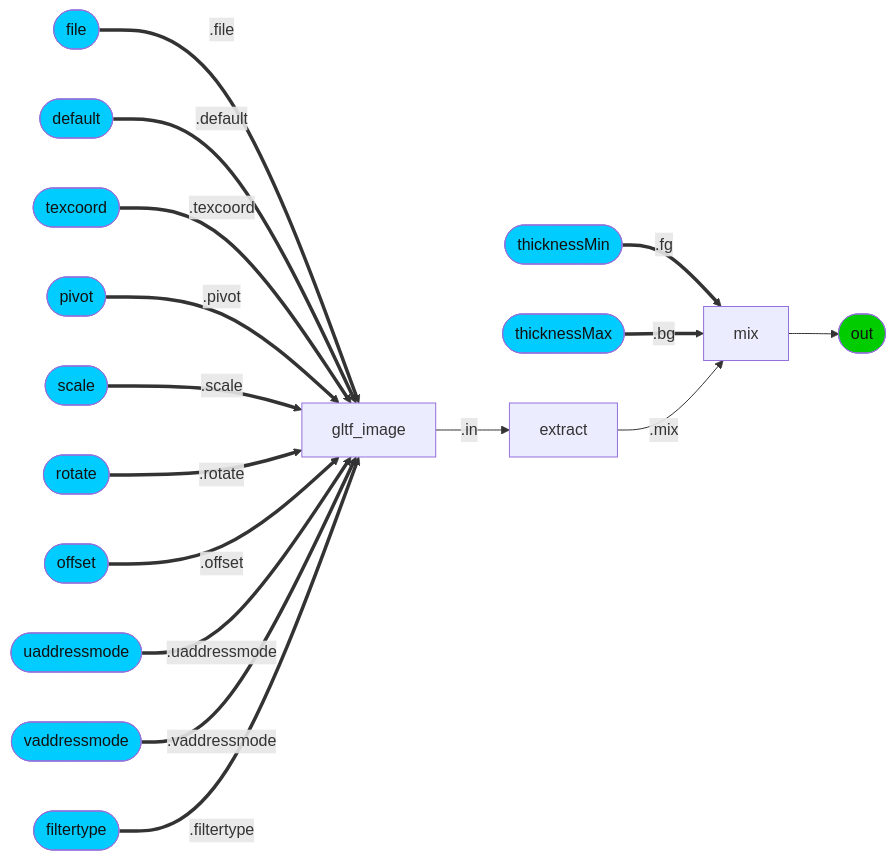
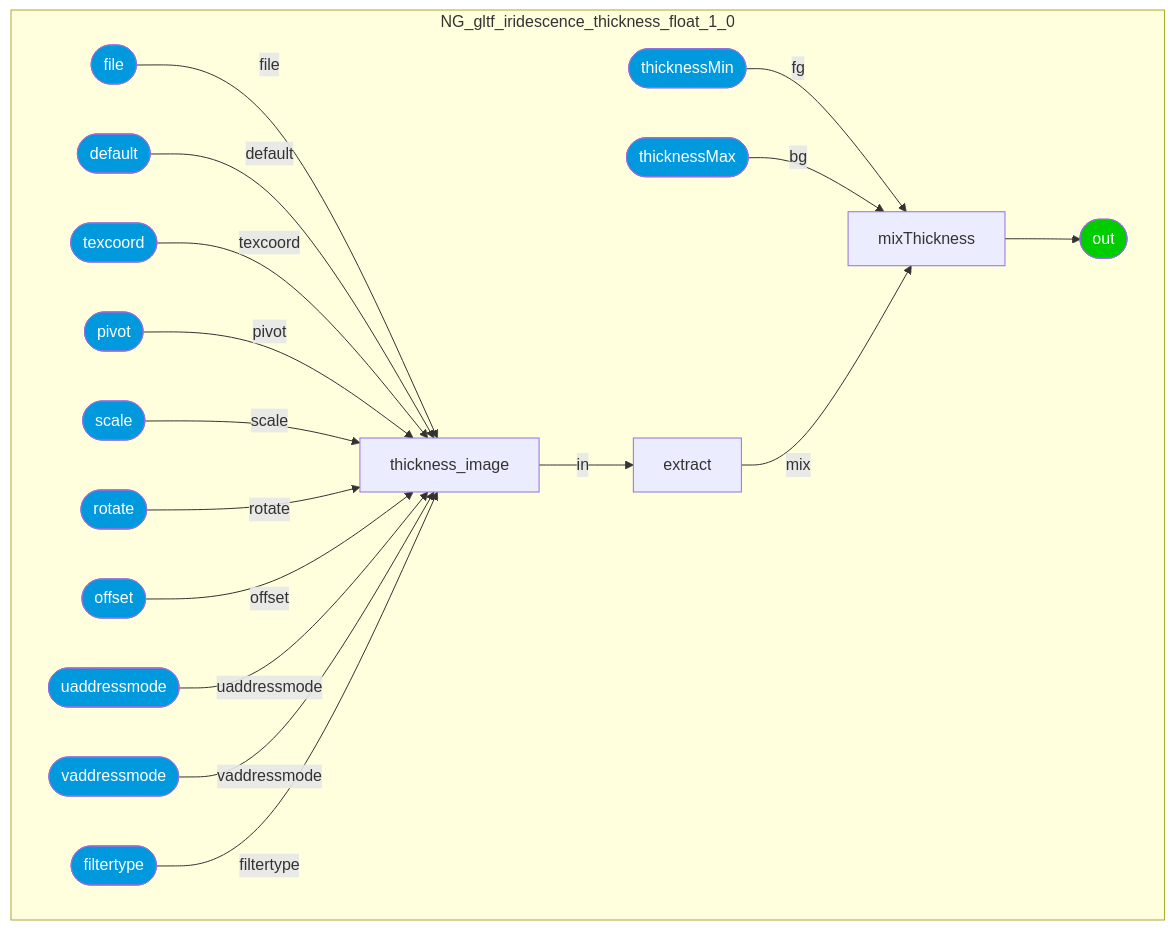
The eighth of 36 diagrams in documents/definitions/bxdf_doc.md (kwokcb/MaterialX_Learn), drawn with Mermaid before and after one commit. The commit also changed other lines of this file and 1015 other files, not shown here.

````diff
--- a/documents/definitions/bxdf_doc.md
+++ b/documents/definitions/bxdf_doc.md
@@ -678,32 +848,49 @@
 ```mermaid
-graph LR; 
-    NG_gltf_iridescence_thickness_float_1_0_mixThickness[mix] --> NG_gltf_iridescence_thickness_float_1_0_out([out])
-    style NG_gltf_iridescence_thickness_float_1_0_out fill:#0C0, color:#111
-    NG_gltf_iridescence_thickness_float_1_0_thicknessMinINT([thicknessMin]) ==.fg==> NG_gltf_iridescence_thickness_float_1_0_mixThickness[mix]
-    style NG_gltf_iridescence_thickness_float_1_0_thicknessMinINT fill:#0CF, color:#111
-    NG_gltf_iridescence_thickness_float_1_0_thicknessMaxINT([thicknessMax]) ==.bg==> NG_gltf_iridescence_thickness_float_1_0_mixThickness[mix]
-    style NG_gltf_iridescence_thickness_float_1_0_thicknessMaxINT fill:#0CF, color:#111
-    NG_gltf_iridescence_thickness_float_1_0_extract[extract] --".mix"--> NG_gltf_iridescence_thickness_float_1_0_mixThickness[mix]
-    NG_gltf_iridescence_thickness_float_1_0_thickness_image[gltf_image] --".in"--> NG_gltf_iridescence_thickness_float_1_0_extract[extract]
-    NG_gltf_iridescence_thickness_float_1_0_fileINT([file]) ==.file==> NG_gltf_iridescence_thickness_float_1_0_thickness_image[gltf_image]
-    style NG_gltf_iridescence_thickness_float_1_0_fileINT fill:#0CF, color:#111
-    NG_gltf_iridescence_thickness_float_1_0_dfaultINT([default]) ==.default==> NG_gltf_iridescence_thickness_float_1_0_thickness_image[gltf_image]
-    style NG_gltf_iridescence_thickness_float_1_0_dfaultINT fill:#0CF, color:#111
-    NG_gltf_iridescence_thickness_float_1_0_texcoordINT([texcoord]) ==.texcoord==> NG_gltf_iridescence_thickness_float_1_0_thickness_image[gltf_image]
-    style NG_gltf_iridescence_thickness_float_1_0_texcoordINT fill:#0CF, color:#111
-    NG_gltf_iridescence_thickness_float_1_0_pivotINT([pivot]) ==.pivot==> NG_gltf_iridescence_thickness_float_1_0_thickness_image[gltf_image]
-    style NG_gltf_iridescence_thickness_float_1_0_pivotINT fill:#0CF, color:#111
-    NG_gltf_iridescence_thickness_float_1_0_scaleINT([scale]) ==.scale==> NG_gltf_iridescence_thickness_float_1_0_thickness_image[gltf_image]
-    style NG_gltf_iridescence_thickness_float_1_0_scaleINT fill:#0CF, color:#111
-    NG_gltf_iridescence_thickness_float_1_0_rotateINT([rotate]) ==.rotate==> NG_gltf_iridescence_thickness_float_1_0_thickness_image[gltf_image]
-    style NG_gltf_iridescence_thickness_float_1_0_rotateINT fill:#0CF, color:#111
-    NG_gltf_iridescence_thickness_float_1_0_offsetINT([offset]) ==.offset==> NG_gltf_iridescence_thickness_float_1_0_thickness_image[gltf_image]
-    style NG_gltf_iridescence_thickness_float_1_0_offsetINT fill:#0CF, color:#111
-    NG_gltf_iridescence_thickness_float_1_0_uaddressmodeINT([uaddressmode]) ==.uaddressmode==> NG_gltf_iridescence_thickness_float_1_0_thickness_image[gltf_image]
-    style NG_gltf_iridescence_thickness_float_1_0_uaddressmodeINT fill:#0CF, color:#111
-    NG_gltf_iridescence_thickness_float_1_0_vaddressmodeINT([vaddressmode]) ==.vaddressmode==> NG_gltf_iridescence_thickness_float_1_0_thickness_image[gltf_image]
-    style NG_gltf_iridescence_thickness_float_1_0_vaddressmodeINT fill:#0CF, color:#111
-    NG_gltf_iridescence_thickness_float_1_0_filtertypeINT([filtertype]) ==.filtertype==> NG_gltf_iridescence_thickness_float_1_0_thickness_image[gltf_image]
-    style NG_gltf_iridescence_thickness_float_1_0_filtertypeINT fill:#0CF, color:#111
-
+graph TB
+    subgraph NG_gltf_iridescence_thickness_float_1_0
+    NG_gltf_iridescence_thickness_float_1_0_mixThickness[mixThickness]
+    NG_gltf_iridescence_thickness_float_1_0_thickness_image[thickness_image]
+    NG_gltf_iridescence_thickness_float_1_0_extract[extract]
+    style NG_gltf_iridescence_thickness_float_1_0_out  fill:#0C0, color:#FFF
+    NG_gltf_iridescence_thickness_float_1_0_out([out])
+    style NG_gltf_iridescence_thickness_float_1_0_thicknessMin  fill:#09D, color:#FFF
+    NG_gltf_iridescence_thickness_float_1_0_thicknessMin([thicknessMin])
+    style NG_gltf_iridescence_thickness_float_1_0_thicknessMax  fill:#09D, color:#FFF
+    NG_gltf_iridescence_thickness_float_1_0_thicknessMax([thicknessMax])
+    style NG_gltf_iridescence_thickness_float_1_0_file  fill:#09D, color:#FFF
+    NG_gltf_iridescence_thickness_float_1_0_file([file])
+    style NG_gltf_iridescence_thickness_float_1_0_default1  fill:#09D, color:#FFF
+    NG_gltf_iridescence_thickness_float_1_0_default1([default])
+    style NG_gltf_iridescence_thickness_float_1_0_texcoord  fill:#09D, color:#FFF
+    NG_gltf_iridescence_thickness_float_1_0_texcoord([texcoord])
+    style NG_gltf_iridescence_thickness_float_1_0_pivot  fill:#09D, color:#FFF
+    NG_gltf_iridescence_thickness_float_1_0_pivot([pivot])
+    style NG_gltf_iridescence_thickness_float_1_0_scale  fill:#09D, color:#FFF
+    NG_gltf_iridescence_thickness_float_1_0_scale([scale])
+    style NG_gltf_iridescence_thickness_float_1_0_rotate  fill:#09D, color:#FFF
+    NG_gltf_iridescence_thickness_float_1_0_rotate([rotate])
+    style NG_gltf_iridescence_thickness_float_1_0_offset  fill:#09D, color:#FFF
+    NG_gltf_iridescence_thickness_float_1_0_offset([offset])
+    style NG_gltf_iridescence_thickness_float_1_0_uaddressmode  fill:#09D, color:#FFF
+    NG_gltf_iridescence_thickness_float_1_0_uaddressmode([uaddressmode])
+    style NG_gltf_iridescence_thickness_float_1_0_vaddressmode  fill:#09D, color:#FFF
+    NG_gltf_iridescence_thickness_float_1_0_vaddressmode([vaddressmode])
+    style NG_gltf_iridescence_thickness_float_1_0_filtertype  fill:#09D, color:#FFF
+    NG_gltf_iridescence_thickness_float_1_0_filtertype([filtertype])
+    end
+    NG_gltf_iridescence_thickness_float_1_0_thicknessMin --"fg"--> NG_gltf_iridescence_thickness_float_1_0_mixThickness
+    NG_gltf_iridescence_thickness_float_1_0_thicknessMax --"bg"--> NG_gltf_iridescence_thickness_float_1_0_mixThickness
+    NG_gltf_iridescence_thickness_float_1_0_extract --"mix"--> NG_gltf_iridescence_thickness_float_1_0_mixThickness
+    NG_gltf_iridescence_thickness_float_1_0_file --"file"--> NG_gltf_iridescence_thickness_float_1_0_thickness_image
+    NG_gltf_iridescence_thickness_float_1_0_default1 --"default"--> NG_gltf_iridescence_thickness_float_1_0_thickness_image
+    NG_gltf_iridescence_thickness_float_1_0_texcoord --"texcoord"--> NG_gltf_iridescence_thickness_float_1_0_thickness_image
+    NG_gltf_iridescence_thickness_float_1_0_pivot --"pivot"--> NG_gltf_iridescence_thickness_float_1_0_thickness_image
+    NG_gltf_iridescence_thickness_float_1_0_scale --"scale"--> NG_gltf_iridescence_thickness_float_1_0_thickness_image
+    NG_gltf_iridescence_thickness_float_1_0_rotate --"rotate"--> NG_gltf_iridescence_thickness_float_1_0_thickness_image
+    NG_gltf_iridescence_thickness_float_1_0_offset --"offset"--> NG_gltf_iridescence_thickness_float_1_0_thickness_image
+    NG_gltf_iridescence_thickness_float_1_0_uaddressmode --"uaddressmode"--> NG_gltf_iridescence_thickness_float_1_0_thickness_image
+    NG_gltf_iridescence_thickness_float_1_0_vaddressmode --"vaddressmode"--> NG_gltf_iridescence_thickness_float_1_0_thickness_image
+    NG_gltf_iridescence_thickness_float_1_0_filtertype --"filtertype"--> NG_gltf_iridescence_thickness_float_1_0_thickness_image
+    NG_gltf_iridescence_thickness_float_1_0_thickness_image --"in"--> NG_gltf_iridescence_thickness_float_1_0_extract
+    NG_gltf_iridescence_thickness_float_1_0_mixThickness --> NG_gltf_iridescence_thickness_float_1_0_out
 ```
````
